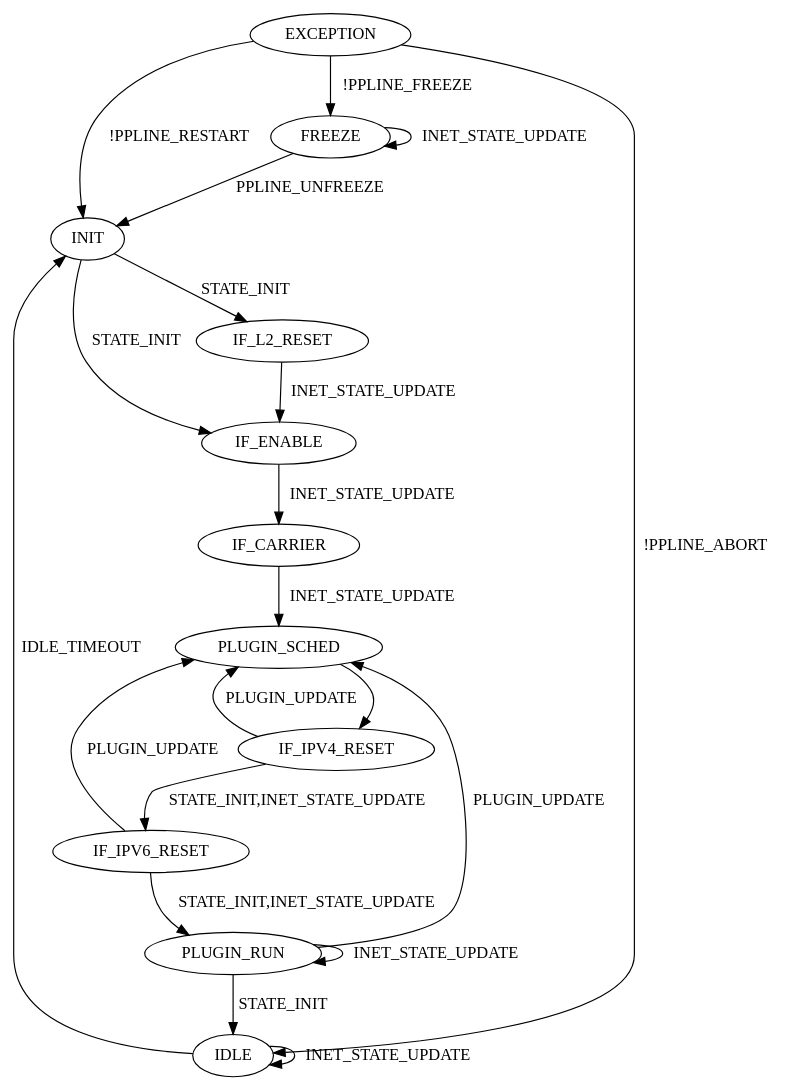
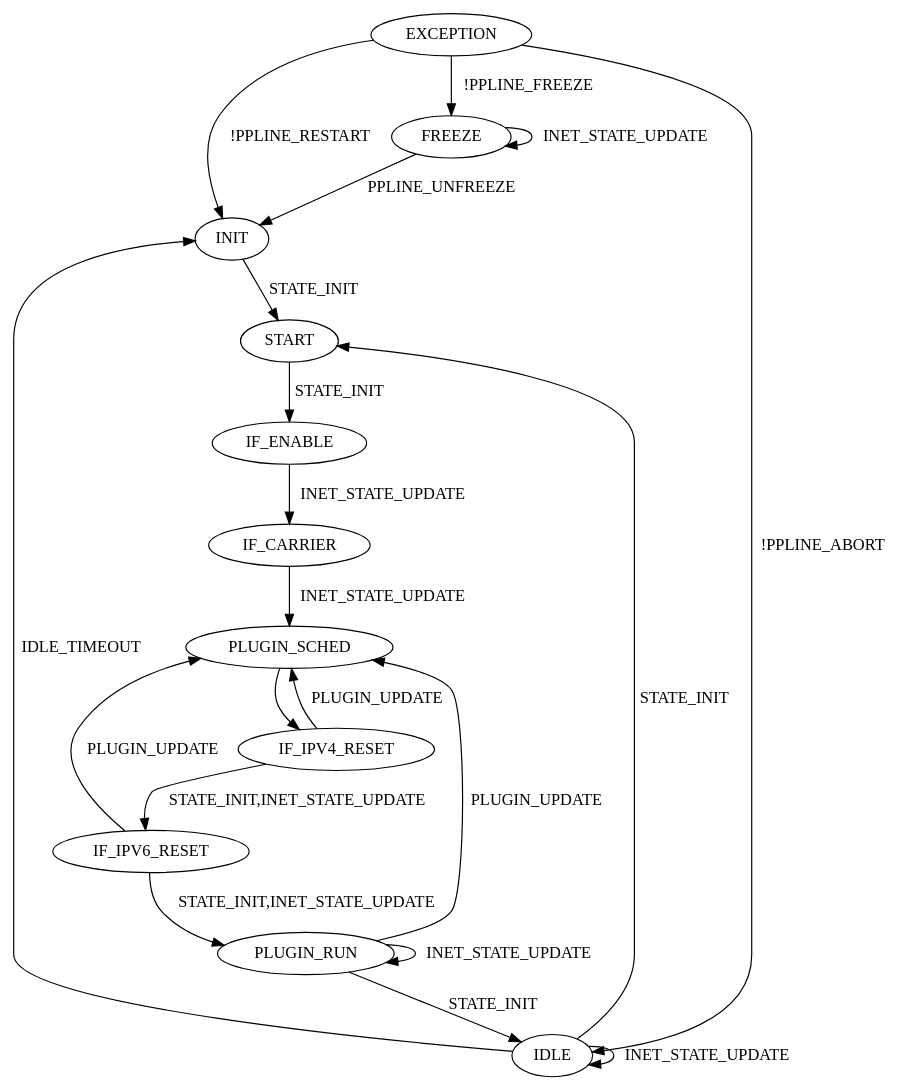
The diagram in src/wano/src/wano_ppline.dot (plume-design/opensync), drawn with Graphviz before and after one commit. The commit also changed 19 other files, not shown here.

```diff
--- a/src/wano/src/wano_ppline.dot
+++ b/src/wano/src/wano_ppline.dot
@@ -1,26 +1,26 @@
 digraph {
     INIT[init="true"];
 
-    INIT -> IF_L2_RESET[label="STATE_INIT"];
-    INIT -> IF_ENABLE[label="STATE_INIT"];
-    IF_L2_RESET -> IF_ENABLE [label="INET_STATE_UPDATE"];
+    INIT -> START[label="STATE_INIT"];
+    START -> IF_ENABLE[label="STATE_INIT"];
     IF_ENABLE -> IF_CARRIER[label="INET_STATE_UPDATE"];
     IF_CARRIER -> PLUGIN_SCHED [label="INET_STATE_UPDATE"];
     PLUGIN_SCHED -> IF_IPV4_RESET;
     IF_IPV4_RESET -> PLUGIN_SCHED [label="PLUGIN_UPDATE"];
     IF_IPV4_RESET -> IF_IPV6_RESET [label="STATE_INIT,INET_STATE_UPDATE"];
     IF_IPV6_RESET -> PLUGIN_SCHED [label="PLUGIN_UPDATE"];
     IF_IPV6_RESET -> PLUGIN_RUN [label="STATE_INIT,INET_STATE_UPDATE"];
     PLUGIN_RUN -> PLUGIN_SCHED [label="PLUGIN_UPDATE"];
     PLUGIN_RUN -> PLUGIN_RUN [label="INET_STATE_UPDATE"];
     PLUGIN_RUN -> IDLE [label="STATE_INIT"];
     IDLE -> IDLE[label="INET_STATE_UPDATE"];
+    IDLE -> START[label="STATE_INIT"];
     IDLE -> INIT[label="IDLE_TIMEOUT"];
 
     FREEZE -> FREEZE[label="INET_STATE_UPDATE"];
     FREEZE -> INIT[label="PPLINE_UNFREEZE"];
 
     EXCEPTION-> INIT [label="!PPLINE_RESTART"];
     EXCEPTION -> IDLE [label="!PPLINE_ABORT"];
     EXCEPTION -> FREEZE [label="!PPLINE_FREEZE"];
 }
```
